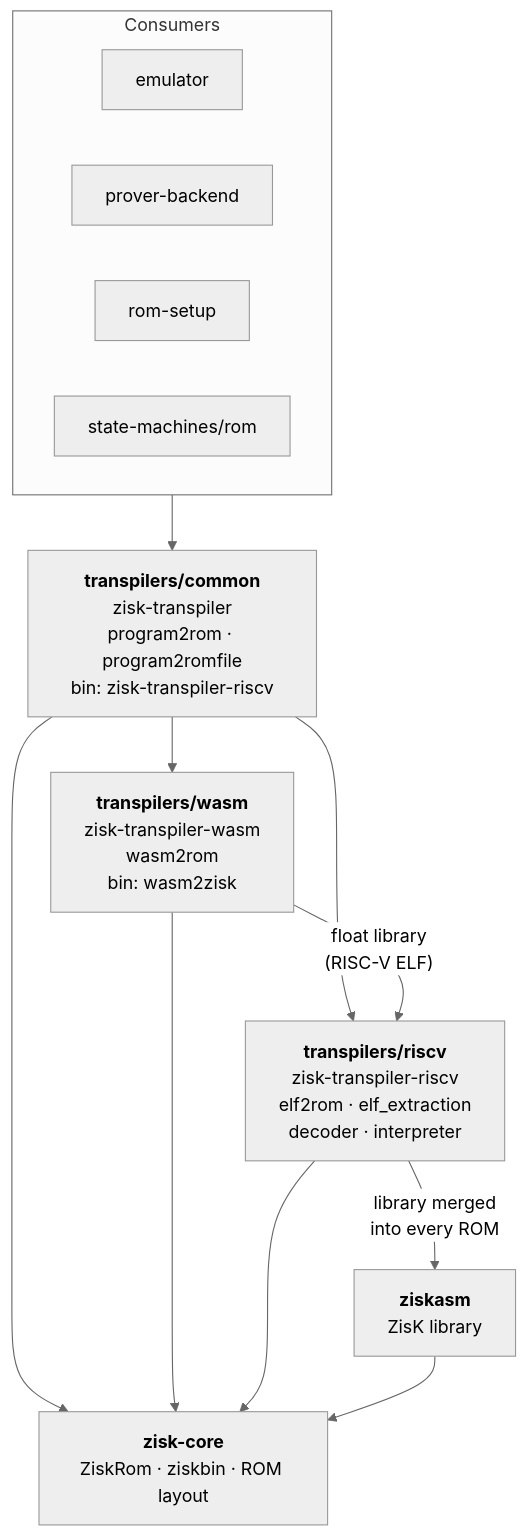
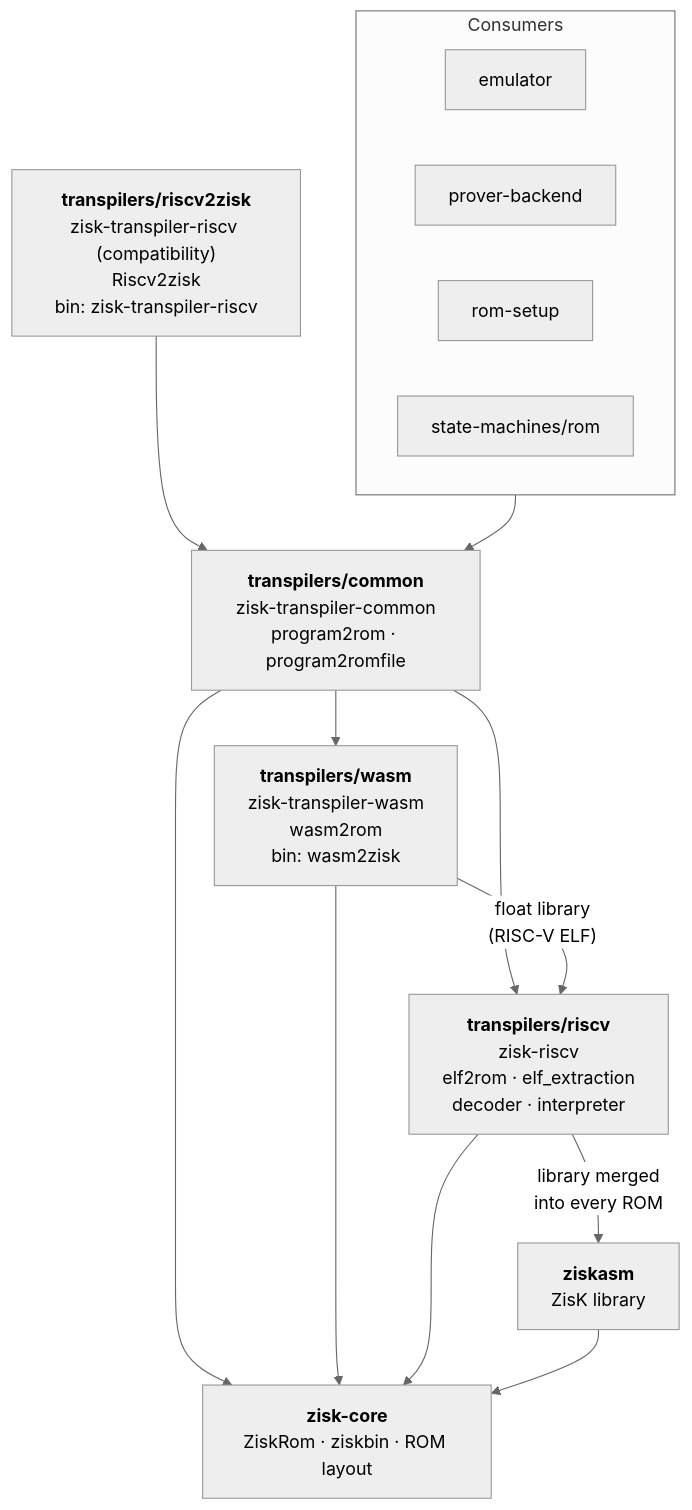
One commit to 0xPolygonHermez/zisk changed the diagram in transpilers/README.md. Above: the diagram before and after it, drawn with Mermaid (neutral theme). The commit also changed other lines of this file and 12 other files, not shown here.

First line of the commit message:
transpilers: keep zisk-transpiler-riscv as a compatibility crate

````diff
--- a/transpilers/README.md
+++ b/transpilers/README.md
@@ -25,25 +22,27 @@
 ```mermaid
 flowchart TD
     subgraph consumers["Consumers"]
         emulator
         prover["prover-backend"]
         romsetup["rom-setup"]
         smrom["state-machines/rom"]
     end
 
-    common["<b>transpilers/common</b><br/>zisk-transpiler<br/>program2rom · program2romfile<br/>bin: zisk-transpiler-riscv"]
+    compat["<b>transpilers/riscv2zisk</b><br/>zisk-transpiler-riscv (compatibility)<br/>Riscv2zisk<br/>bin: zisk-transpiler-riscv"]
+    common["<b>transpilers/common</b><br/>zisk-transpiler-common<br/>program2rom · program2romfile"]
     wasm["<b>transpilers/wasm</b><br/>zisk-transpiler-wasm<br/>wasm2rom<br/>bin: wasm2zisk"]
-    riscv["<b>transpilers/riscv</b><br/>zisk-transpiler-riscv<br/>elf2rom · elf_extraction<br/>decoder · interpreter"]
+    riscv["<b>transpilers/riscv</b><br/>zisk-riscv<br/>elf2rom · elf_extraction<br/>decoder · interpreter"]
     ziskasm["<b>ziskasm</b><br/>ZisK library"]
     core["<b>zisk-core</b><br/>ZiskRom · ziskbin · ROM layout"]
 
     consumers --> common
+    compat --> common
     common --> wasm
     common --> riscv
     wasm -- "float library<br/>(RISC-V ELF)" --> riscv
     riscv -- "library merged<br/>into every ROM" --> ziskasm
     common --> core
     wasm --> core
     riscv --> core
     ziskasm --> core
 ```
````
